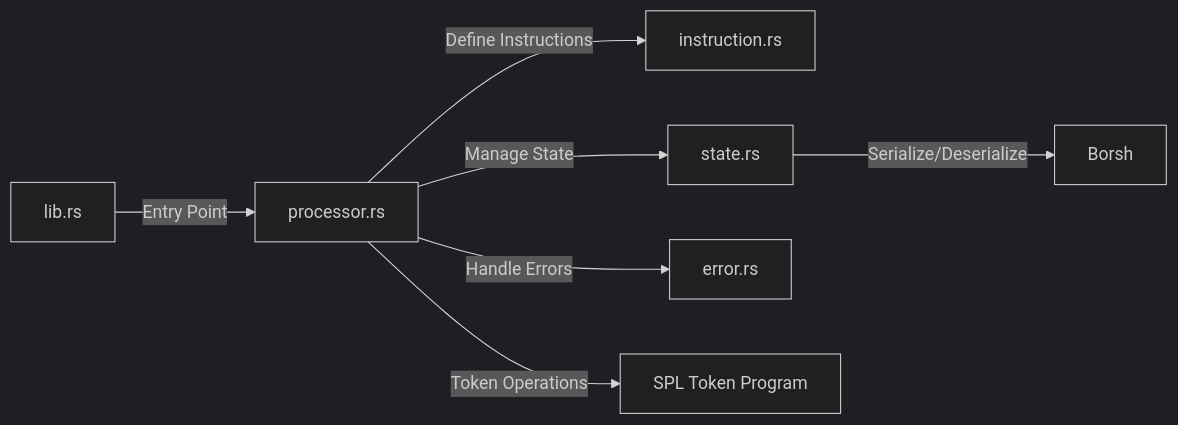
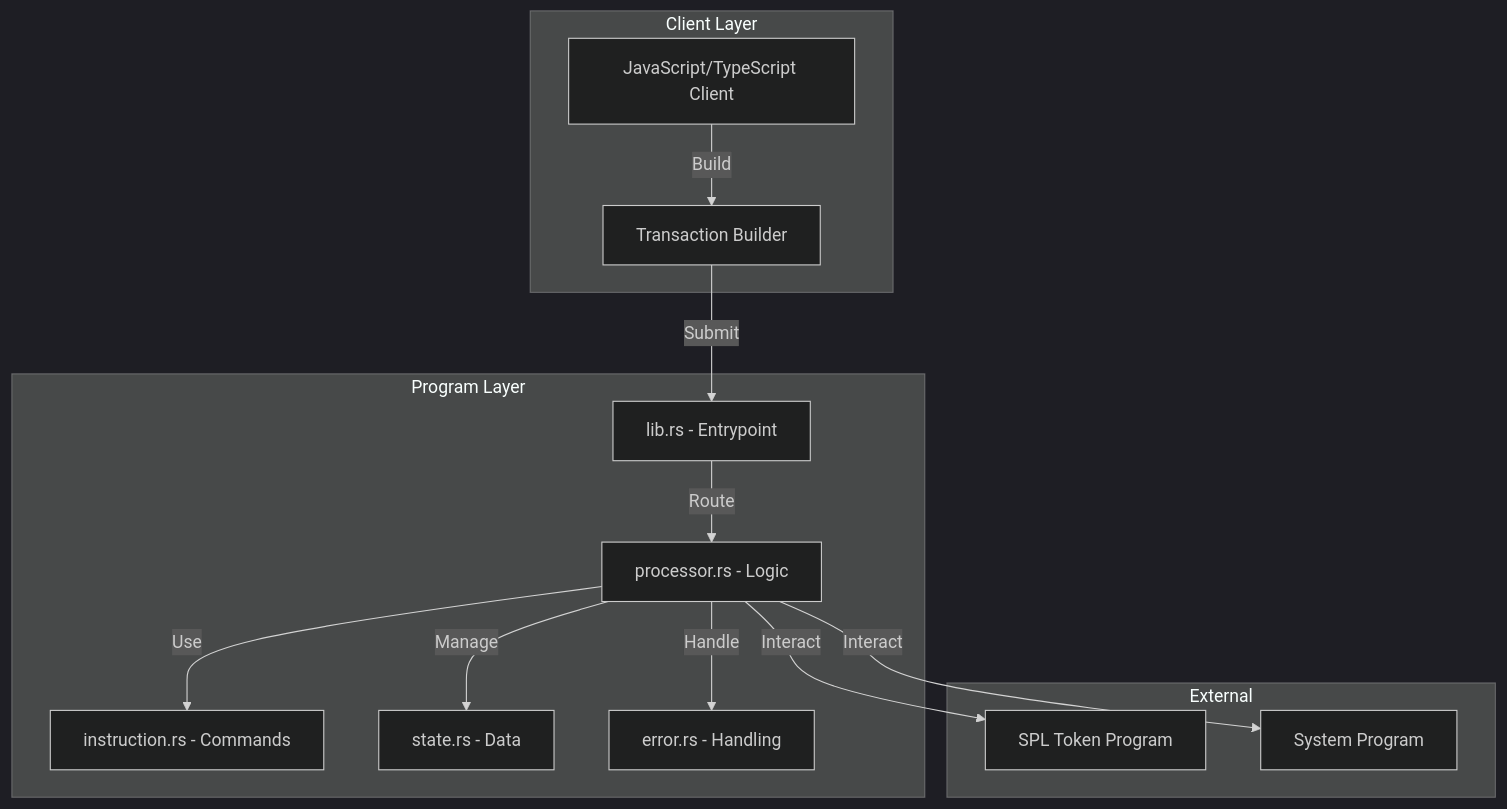
The fifth of 8 diagrams in docs/code-workflow.md (twannasleep/simple-token-exchange), drawn with Mermaid (dark theme) before and after one commit. The commit also changed other lines of this file and 2 other files, not shown here.

````diff
--- a/docs/code-workflow.md
+++ b/docs/code-workflow.md
@@ -57,9 +120,29 @@
 ```mermaid
-graph LR
-    A[lib.rs] -->|Entry Point| B[processor.rs]
-    B -->|Define Instructions| C[instruction.rs]
-    B -->|Manage State| D[state.rs]
-    B -->|Handle Errors| E[error.rs]
-    D -->|Serialize/Deserialize| F[Borsh]
-    B -->|Token Operations| G[SPL Token Program]
+graph TB
+    subgraph Client Layer
+        A[JavaScript/TypeScript Client]
+        B[Transaction Builder]
+    end
+
+    subgraph Program Layer
+        C[lib.rs - Entrypoint]
+        D[processor.rs - Logic]
+        E[instruction.rs - Commands]
+        F[state.rs - Data]
+        G[error.rs - Handling]
+    end
+
+    subgraph External
+        H[SPL Token Program]
+        I[System Program]
+    end
+
+    A -->|Build| B
+    B -->|Submit| C
+    C -->|Route| D
+    D -->|Use| E
+    D -->|Manage| F
+    D -->|Handle| G
+    D -->|Interact| H
+    D -->|Interact| I
 ```
````
